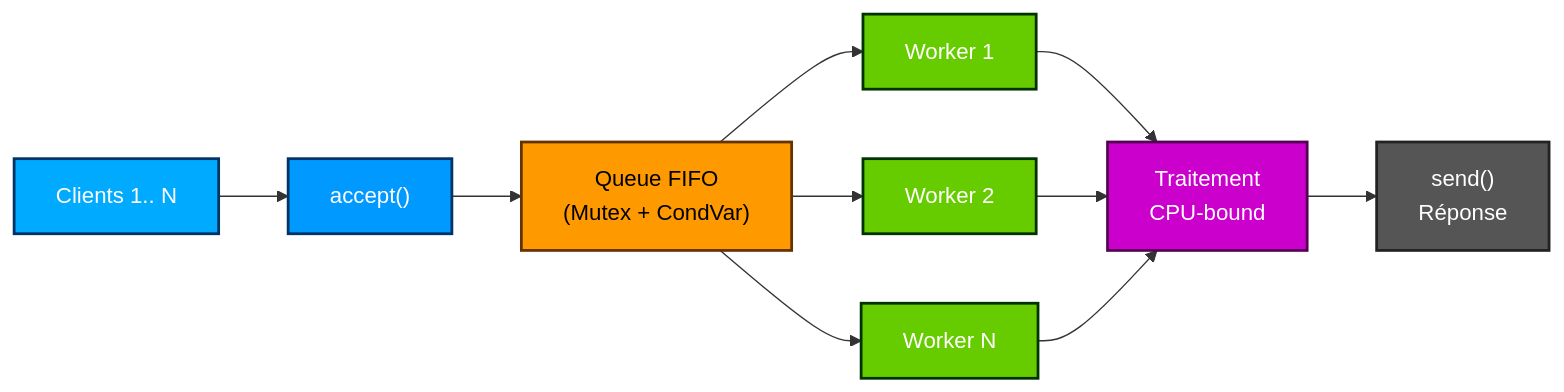
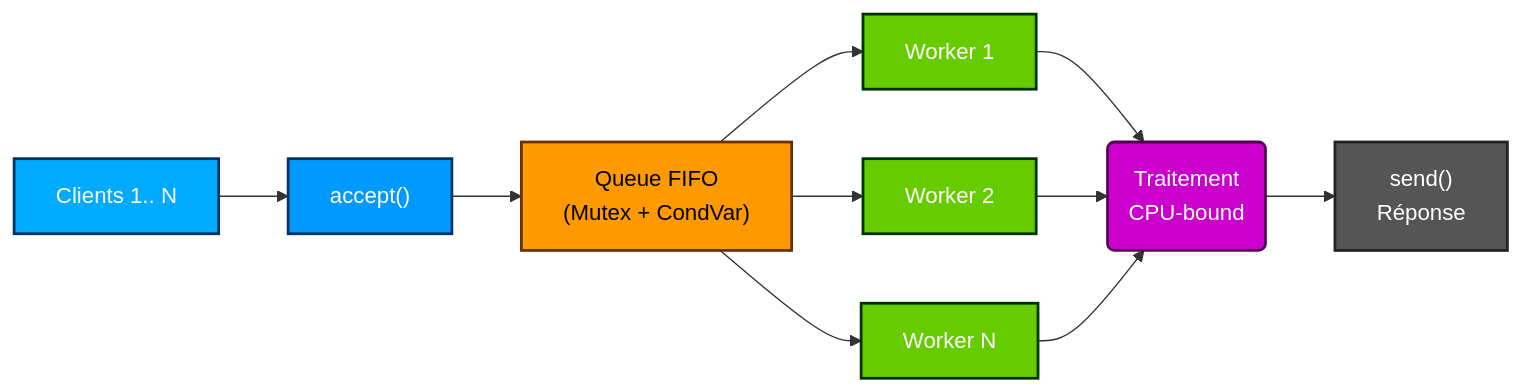
The second of 11 diagrams in README.md (WalidBenTouhami/SERVER_BENCH), drawn with Mermaid before and after one commit.

````diff
--- a/README.md
+++ b/README.md
@@ -130,22 +130,22 @@
 ```mermaid
 flowchart LR
     classDef client fill:#0af,color:#fff,stroke:#036,stroke-width:2px;
     classDef accept fill:#09f,color:#fff,stroke:#036,stroke-width:2px;
     classDef queue fill:#f90,color:#000,stroke:#630,stroke-width:2px;
     classDef worker fill:#6c0,color:#fff,stroke:#030,stroke-width:2px;
     classDef treat fill:#c0c,color:#fff,stroke:#505,stroke-width:2px;
     classDef resp fill:#555,color:#fff,stroke:#222,stroke-width:2px;
 
-    A["Clients 1.. N"]:::client --> B["accept()"]:::accept
+    A["Clients 1..  N"]:::client --> B["accept()"]:::accept
     B --> C["Queue FIFO<br/>(Mutex + CondVar)"]:::queue
 
     C --> D["Worker 1"]:::worker
     C --> E["Worker 2"]:::worker
     C --> F["Worker N"]:::worker
 
-    D --> G["Traitement<br/>CPU-bound"]:::treat
+    D --> G("Traitement<br/>CPU-bound"):::treat
     E --> G
     F --> G
 
     G --> H["send()<br/>Réponse"]:::resp
 ```
````
